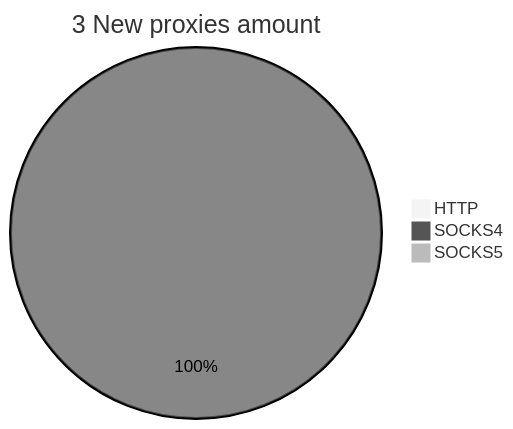
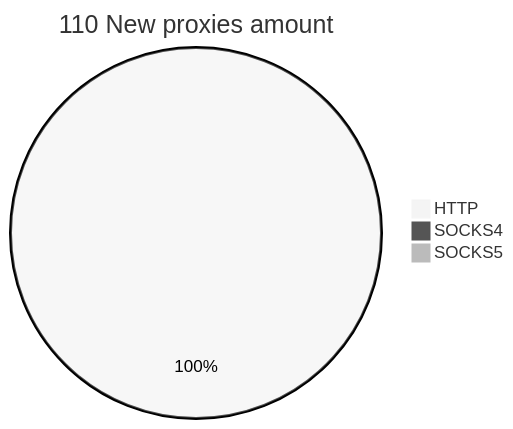
The second of 2 diagrams in README.md (cutipu/proxylist), drawn with Mermaid (neutral theme) before and after one commit. The commit also changed other lines of this file, not shown here.

````diff
--- a/README.md
+++ b/README.md
@@ -10,6 +10,6 @@
 ```mermaid
-pie title 3 New proxies amount
-    "HTTP" : 0
-    "SOCKS4" : 7
+pie title 110 New proxies amount
+    "HTTP" : 110
+    "SOCKS4" : 0
     "SOCKS5" : 0
 ```
````
